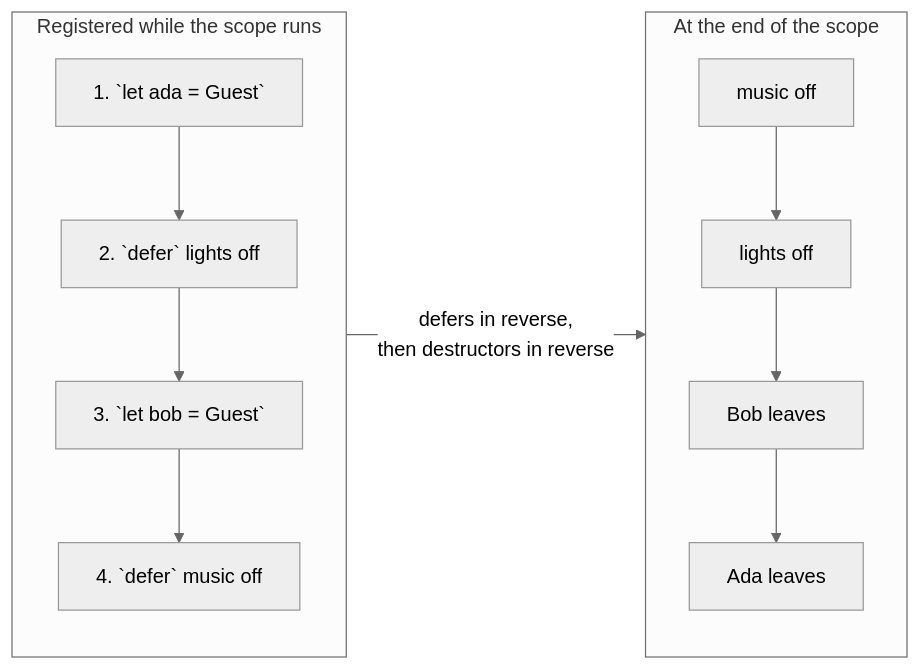
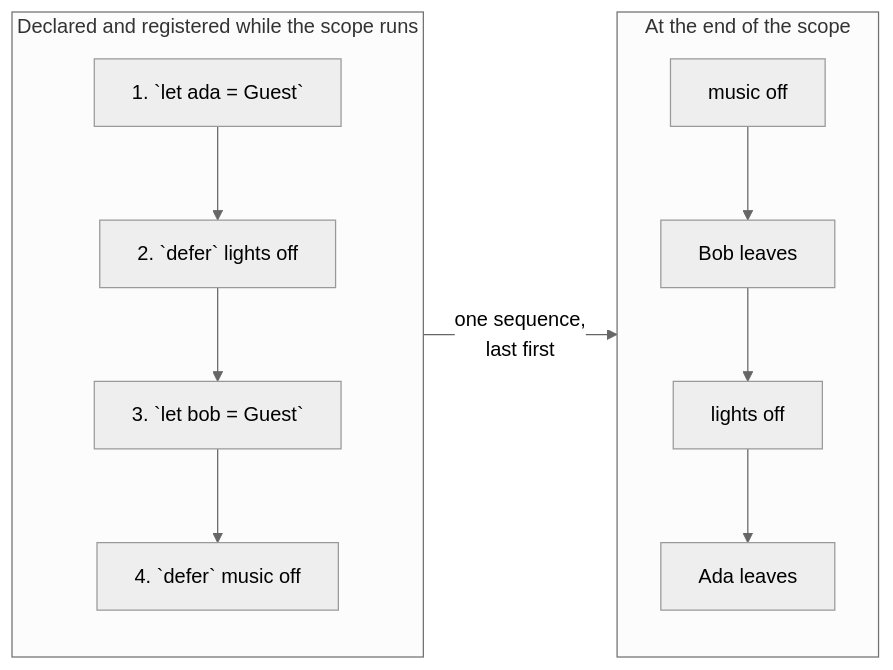
Before and after one commit to rux-lang/Web: the diagram in content/docs/1.learn/11.ownership/09.defer.md, drawn with Mermaid (neutral theme). The commit also changed other lines of this file and 14 other files, not shown here.

````diff
--- a/content/docs/1.learn/11.ownership/09.defer.md
+++ b/content/docs/1.learn/11.ownership/09.defer.md
@@ -92,16 +93,16 @@
 ```mermaid
 flowchart LR
-    subgraph reg["Registered while the scope runs"]
+    subgraph reg["Declared and registered while the scope runs"]
         direction TB
         r1["1. `let ada = Guest`"] --> r2["2. `defer` lights off"]
         r2 --> r3["3. `let bob = Guest`"]
         r3 --> r4["4. `defer` music off"]
     end
     subgraph run["At the end of the scope"]
         direction TB
-        e1["music off"] --> e2["lights off"]
-        e2 --> e3["Bob leaves"]
+        e1["music off"] --> e2["Bob leaves"]
+        e2 --> e3["lights off"]
         e3 --> e4["Ada leaves"]
     end
-    reg -- "defers in reverse,<br/>then destructors in reverse" --> run
+    reg -- "one sequence,<br/>last first" --> run
 ```
````
